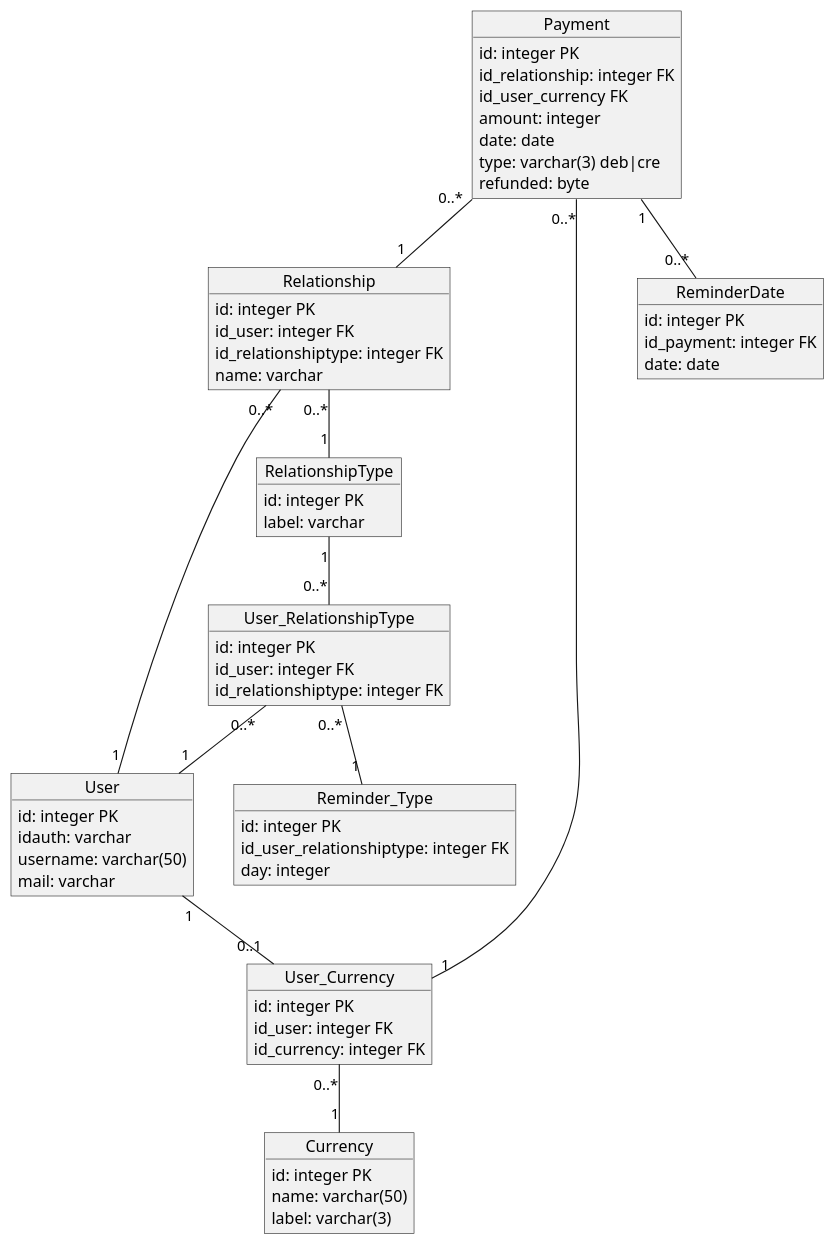
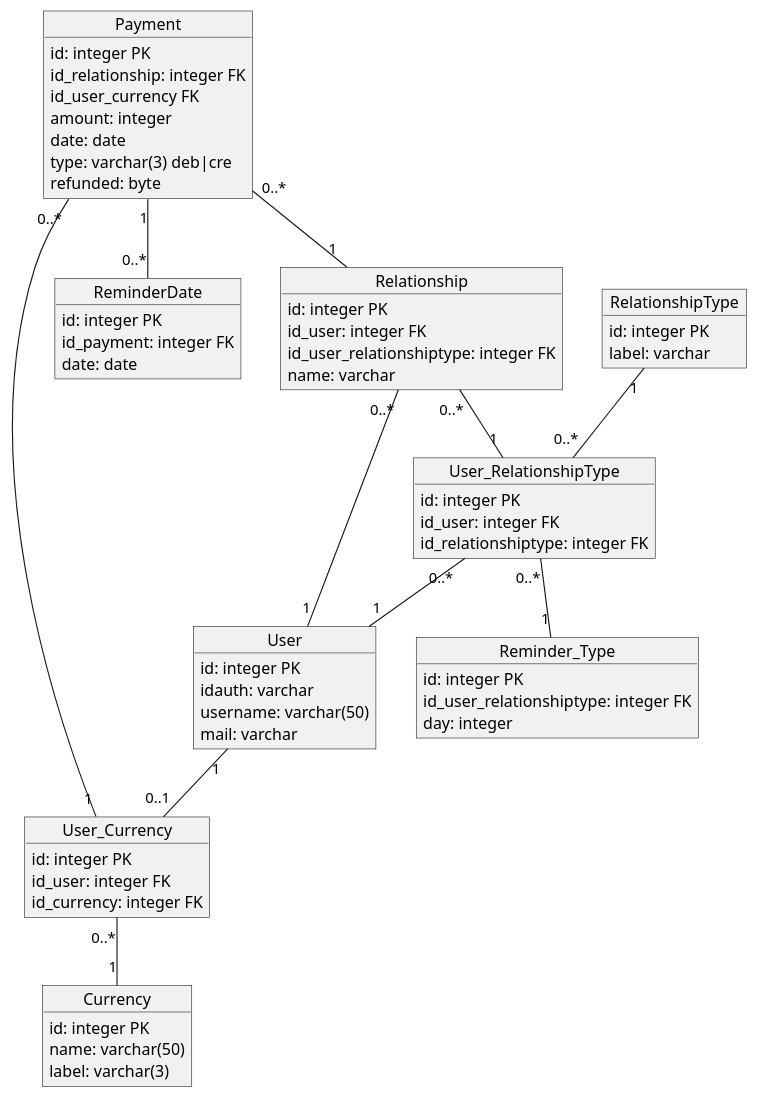
The diagram in plantUml/class.puml (kingdomflo/M-A-R-X_Backend), drawn with PlantUML before and after one commit. The commit also changed 1 other file, not shown here.

```diff
--- a/plantUml/class.puml
+++ b/plantUml/class.puml
@@ -1,71 +1,71 @@
 @startuml class
 object User {
   id: integer PK
   idauth: varchar
   username: varchar(50)
   mail: varchar
 }
 
 object Relationship {
   id: integer PK
   id_user: integer FK
-  id_relationshiptype: integer FK
+  id_user_relationshiptype: integer FK
   name: varchar
 }
 
 object RelationshipType {
   id: integer PK
   label: varchar
 }
 
 object User_RelationshipType {
   id: integer PK
   id_user: integer FK
   id_relationshiptype: integer FK
 }
 
 object Reminder_Type {
   id: integer PK
   id_user_relationshiptype: integer FK
   day: integer
 }
 
 object Currency {
   id: integer PK
   name: varchar(50)
   label: varchar(3)
 }
 
 object User_Currency {
   id: integer PK
   id_user: integer FK
   id_currency: integer FK
 }
 
 object Payment {
   id: integer PK
   id_relationship: integer FK
   id_user_currency FK
   amount: integer
   date: date
   type: varchar(3) deb|cre
   refunded: byte
 }
 
 object ReminderDate {
   id: integer PK
   id_payment: integer FK
   date: date
 }
 
 Relationship "0..*" -- "1" User
-Relationship "0..*" -- "1" RelationshipType
+Relationship "0..*" -- "1" User_RelationshipType
 RelationshipType "1" -- "0..*" User_RelationshipType
 User_RelationshipType "0..*" -- "1" User
 User_RelationshipType "0..*" -- "1" Reminder_Type
 User_Currency "0..*" -- "1" Currency
 User "1" -- "0..1" User_Currency
 Payment "0..*" -- "1" Relationship
 Payment "0..*" -- "1" User_Currency
 Payment "1" -- "0..*" ReminderDate
 @enduml
```
